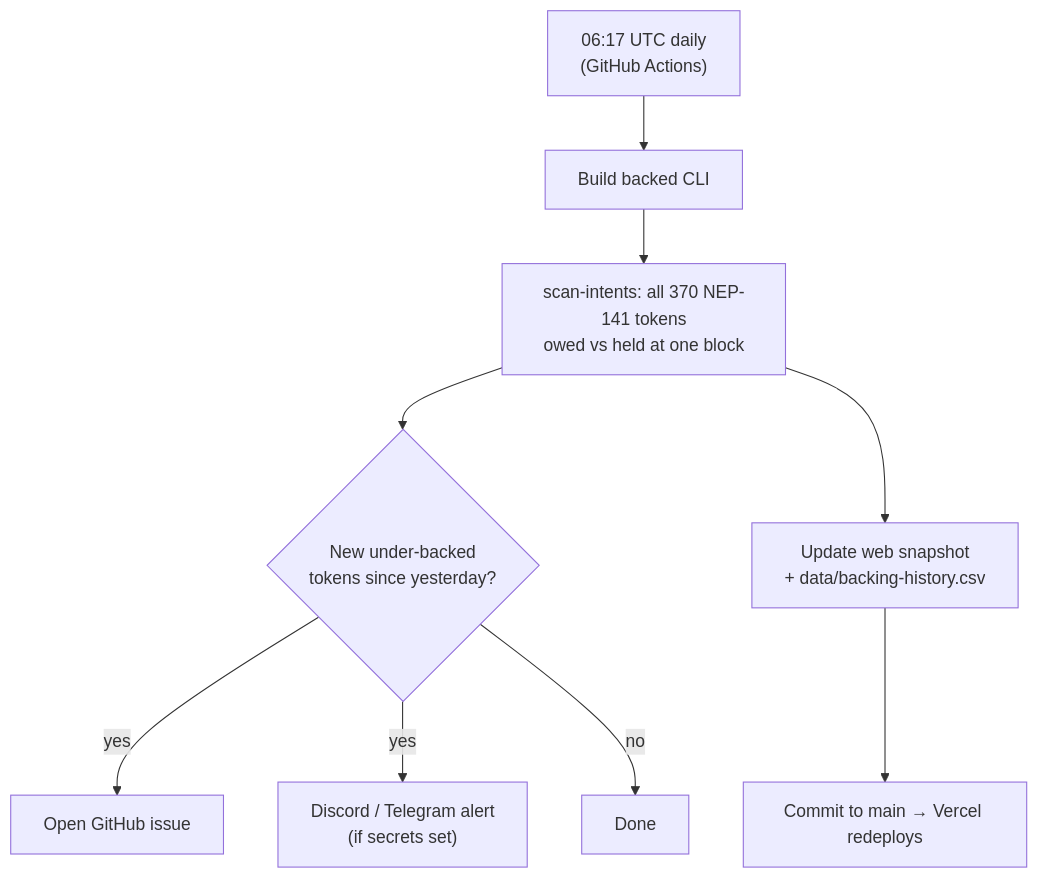
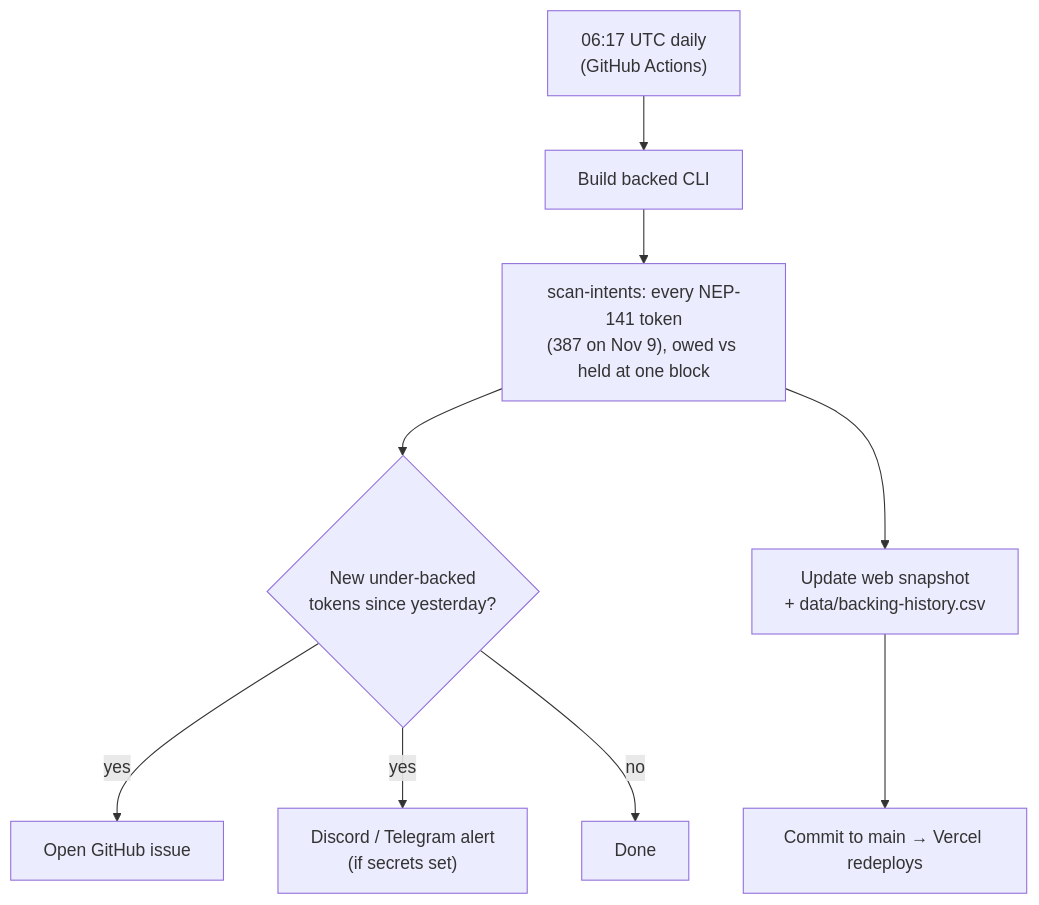
Before and after one commit to rohan911438/Backed: the ninth of 12 diagrams in README.md, drawn with Mermaid. The commit also changed other lines of this file and 1 other file, not shown here.

First line of the commit message:
README: fix and simplify Mermaid diagrams

````diff
--- a/README.md
+++ b/README.md
@@ -609,11 +601,11 @@
 ```mermaid
 flowchart TD
     CRON["06:17 UTC daily<br/>(GitHub Actions)"] --> BUILD["Build backed CLI"]
-    BUILD --> SCAN["scan-intents: all 370 NEP-141 tokens<br/>owed vs held at one block"]
+    BUILD --> SCAN["scan-intents: every NEP-141 token<br/>(387 on Nov 9), owed vs held at one block"]
     SCAN --> DIFF{"New under-backed<br/>tokens since yesterday?"}
     SCAN --> SNAP["Update web snapshot<br/>+ data/backing-history.csv"]
     SNAP --> PUSH["Commit to main → Vercel redeploys"]
     DIFF -- yes --> ISSUE["Open GitHub issue"]
     DIFF -- yes --> CHAT["Discord / Telegram alert<br/>(if secrets set)"]
     DIFF -- no --> DONE["Done"]
 ```
````
